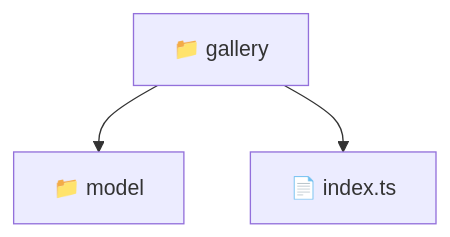
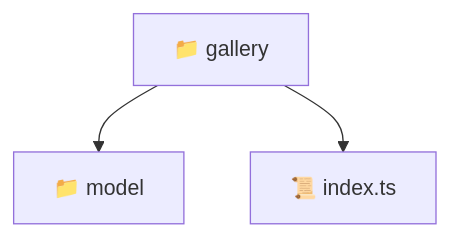
One commit to beginwebdev2002/fullstack-mavluda changed the diagram in frontend/src/features/gallery/README.md. Above: the diagram before and after it, drawn with Mermaid. The commit also changed other lines of this file and 163 other files, not shown here.

````diff
--- a/frontend/src/features/gallery/README.md
+++ b/frontend/src/features/gallery/README.md
@@ -11,6 +11,6 @@
 ```mermaid
 graph TD
-  Root["📁 gallery"]
-  Root --> model["📁 model"]
-  Root --> index_ts["📄 index.ts"]
+  gallery["📁 gallery"]
+  gallery --> model["📁 model"]
+  gallery --> index_ts["📜 index.ts"]
 ```
````
